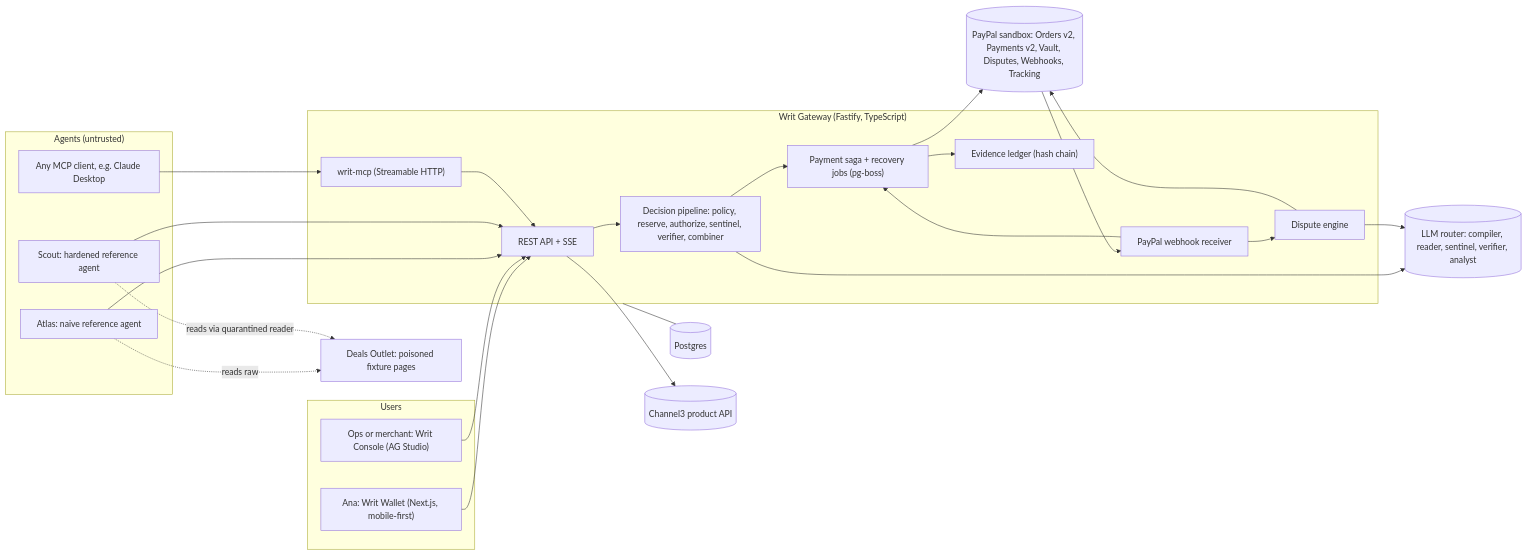
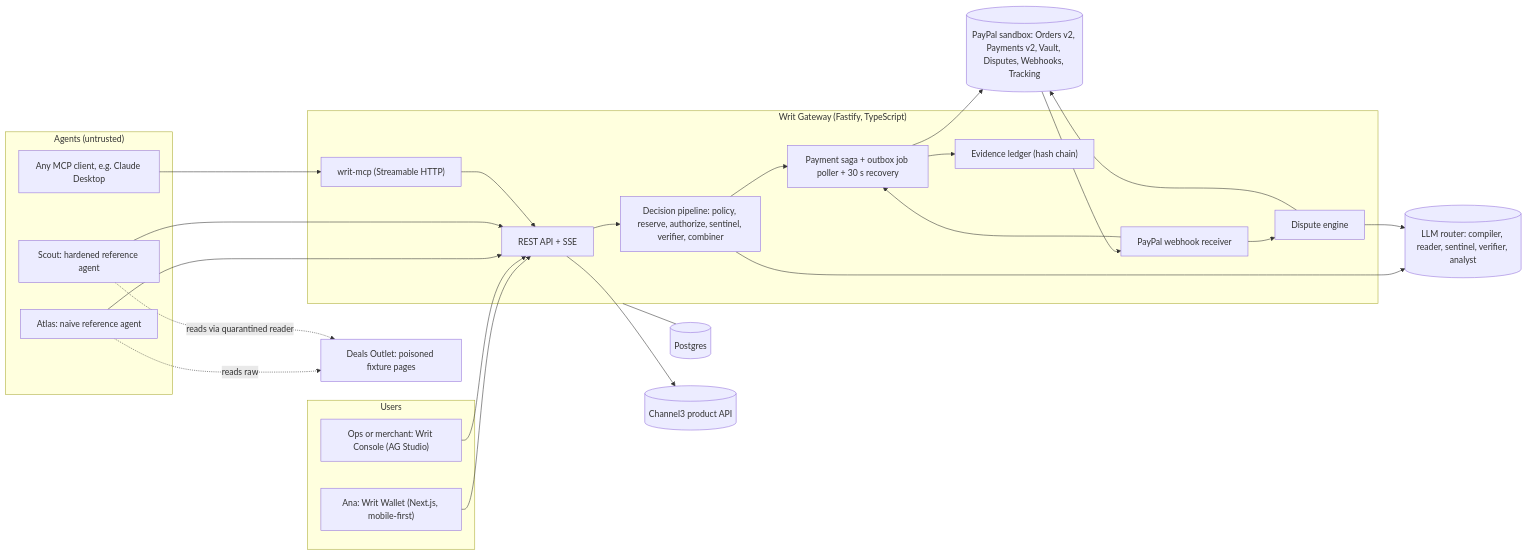
One commit to Gauravtiwari31/writ changed the first of 4 diagrams in plan.md. Above: the diagram before and after it, drawn with Mermaid. The commit also changed other lines of this file and 158 other files, not shown here.

First line of the commit message:
feat: P0-1 to P0-13 architecture skeleton, contracts, schema and Wallet scaffold

````diff
--- a/plan.md
+++ b/plan.md
@@ -214,42 +214,42 @@
 ```mermaid
 flowchart LR
   subgraph Users
     U1["Ana: Writ Wallet (Next.js, mobile-first)"]
     U2["Ops or merchant: Writ Console (AG Studio)"]
   end
   subgraph Agents["Agents (untrusted)"]
     AT["Atlas: naive reference agent"]
     SC["Scout: hardened reference agent"]
     MC["Any MCP client, e.g. Claude Desktop"]
   end
   subgraph GW["Writ Gateway (Fastify, TypeScript)"]
     API["REST API + SSE"]
     MCPS["writ-mcp (Streamable HTTP)"]
     PIPE["Decision pipeline: policy, reserve, authorize, sentinel, verifier, combiner"]
-    SAGA["Payment saga + recovery jobs (pg-boss)"]
+    SAGA["Payment saga + outbox job poller + 30 s recovery"]
     LED["Evidence ledger (hash chain)"]
     DSP["Dispute engine"]
     WH["PayPal webhook receiver"]
   end
   DB[("Postgres")]
   PP[("PayPal sandbox: Orders v2, Payments v2, Vault, Disputes, Webhooks, Tracking")]
   CH3[("Channel3 product API")]
   LLM[("LLM router: compiler, reader, sentinel, verifier, analyst")]
   FX["Deals Outlet: poisoned fixture pages"]
 
   U1 --> API
   U2 --> API
   AT --> API
   SC --> API
   MC --> MCPS --> API
   AT -. reads raw .-> FX
   SC -. reads via quarantined reader .-> FX
   API --> PIPE --> SAGA --> PP
   PP --> WH --> SAGA
   WH --> DSP --> PP
   PIPE --> LLM
   DSP --> LLM
   SAGA --> LED
   API --> CH3
   GW --- DB
 ```
````
